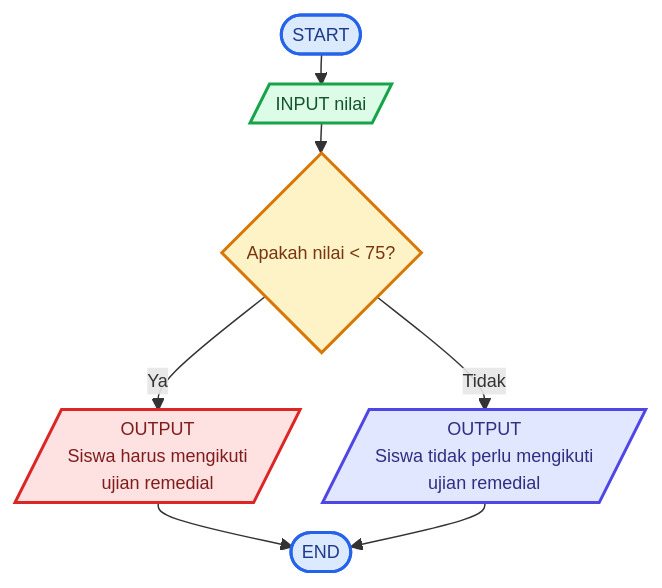
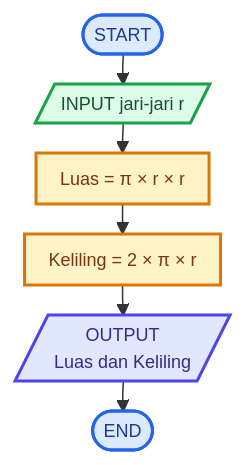
The diagram in README.md (fatihammar722/Kelas-3E-Pemrograman), drawn with Mermaid before and after one commit. The commit also changed other lines of this file, not shown here.

````diff
--- a/README.md
+++ b/README.md
@@ -33,29 +33,26 @@
 ```mermaid
 %%{init: {
   "themeVariables": {
     "fontSize": "12px"
   },
   "flowchart": {
     "nodeSpacing": 15,
     "rankSpacing": 20,
     "padding": 8
   }
 }}%%
 
 flowchart TD
-    A([START]) --> B[/INPUT nilai/]
-    B --> C{Apakah nilai < 75?}
-
-    C -->|Ya| D[/OUTPUT<br/>Siswa harus mengikuti<br/>ujian remedial/]
-    C -->|Tidak| E[/OUTPUT<br/>Siswa tidak perlu mengikuti<br/>ujian remedial/]
-
-    D --> F([END])
-    E --> F
+    A([START]) --> B[/INPUT jari-jari r/]
+    B --> C[Luas = π × r × r]
+    C --> D[Keliling = 2 × π × r]
+    D --> E[/OUTPUT<br/>Luas dan Keliling/]
+    E --> F([END])
 
     style A fill:#dbeafe,stroke:#2563eb,stroke-width:2px,color:#1e3a8a
     style B fill:#dcfce7,stroke:#16a34a,stroke-width:2px,color:#14532d
     style C fill:#fef3c7,stroke:#d97706,stroke-width:2px,color:#78350f
-    style D fill:#fee2e2,stroke:#dc2626,stroke-width:2px,color:#7f1d1d
+    style D fill:#fef3c7,stroke:#d97706,stroke-width:2px,color:#78350f
     style E fill:#e0e7ff,stroke:#4f46e5,stroke-width:2px,color:#312e81
     style F fill:#dbeafe,stroke:#2563eb,stroke-width:2px,color:#1e3a8a
 ```
````
